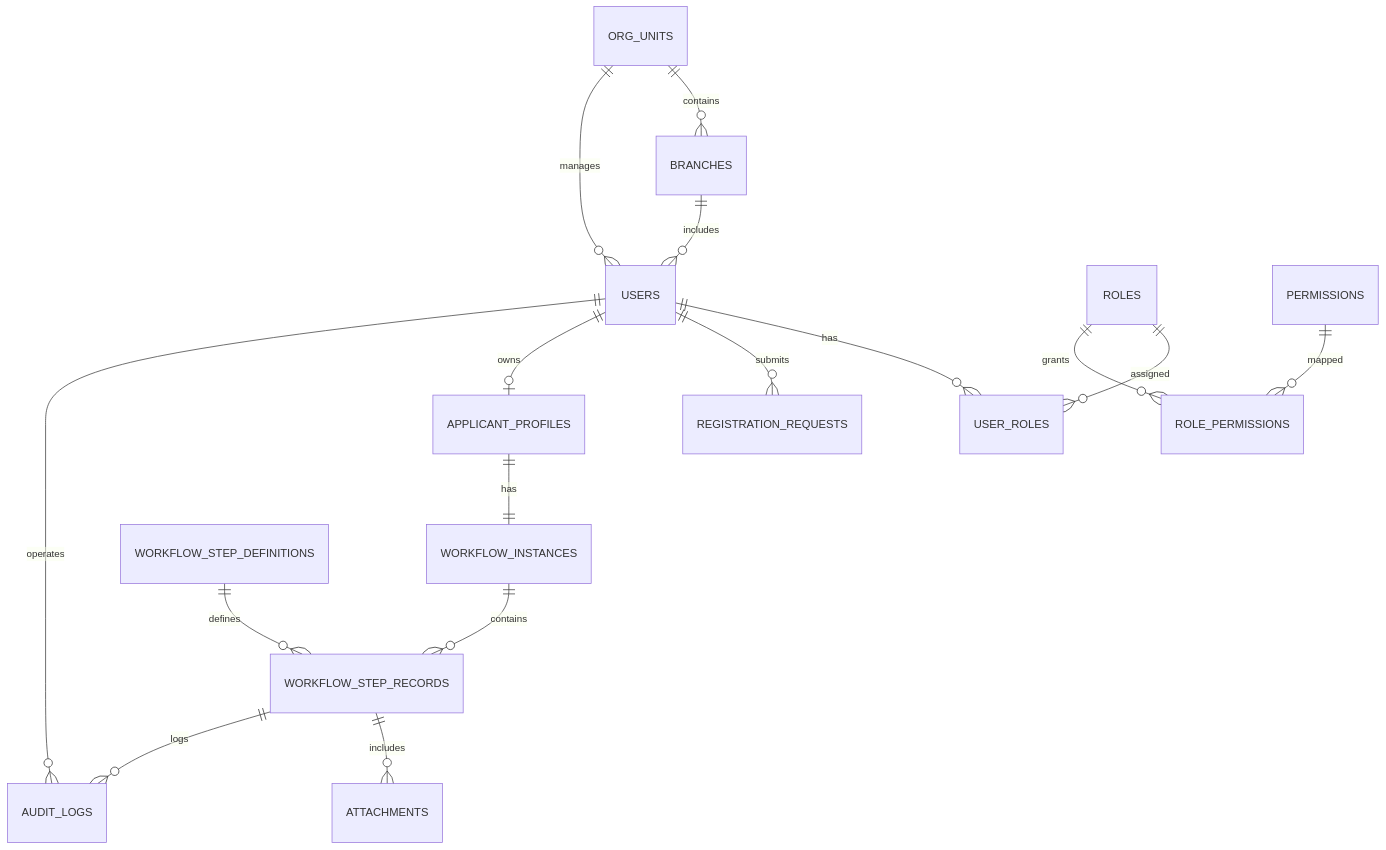
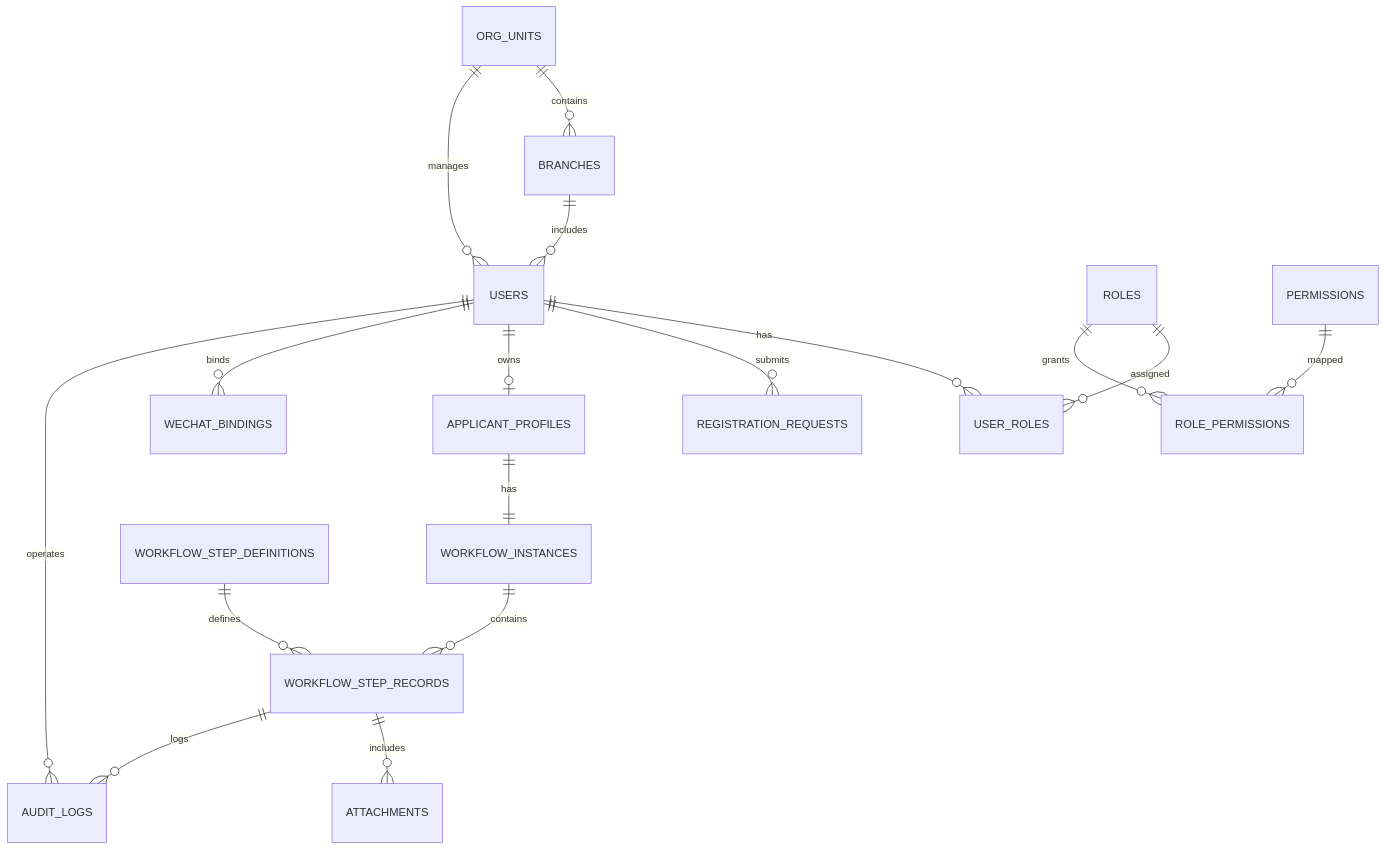
One commit to Lukas-VI/party-building-system changed the diagram in docs/er.mmd. Above: the diagram before and after it, drawn with Mermaid. The commit also changed 20 other files, not shown here.

```diff
--- a/docs/er.mmd
+++ b/docs/er.mmd
@@ -1,16 +1,17 @@
 erDiagram
   USERS ||--o{ USER_ROLES : has
   ROLES ||--o{ USER_ROLES : assigned
   ROLES ||--o{ ROLE_PERMISSIONS : grants
   PERMISSIONS ||--o{ ROLE_PERMISSIONS : mapped
   ORG_UNITS ||--o{ BRANCHES : contains
   ORG_UNITS ||--o{ USERS : manages
   BRANCHES ||--o{ USERS : includes
   USERS ||--o{ REGISTRATION_REQUESTS : submits
   USERS ||--o| APPLICANT_PROFILES : owns
   APPLICANT_PROFILES ||--|| WORKFLOW_INSTANCES : has
   WORKFLOW_INSTANCES ||--o{ WORKFLOW_STEP_RECORDS : contains
   WORKFLOW_STEP_DEFINITIONS ||--o{ WORKFLOW_STEP_RECORDS : defines
   WORKFLOW_STEP_RECORDS ||--o{ ATTACHMENTS : includes
+  USERS ||--o{ WECHAT_BINDINGS : binds
   USERS ||--o{ AUDIT_LOGS : operates
   WORKFLOW_STEP_RECORDS ||--o{ AUDIT_LOGS : logs
```
